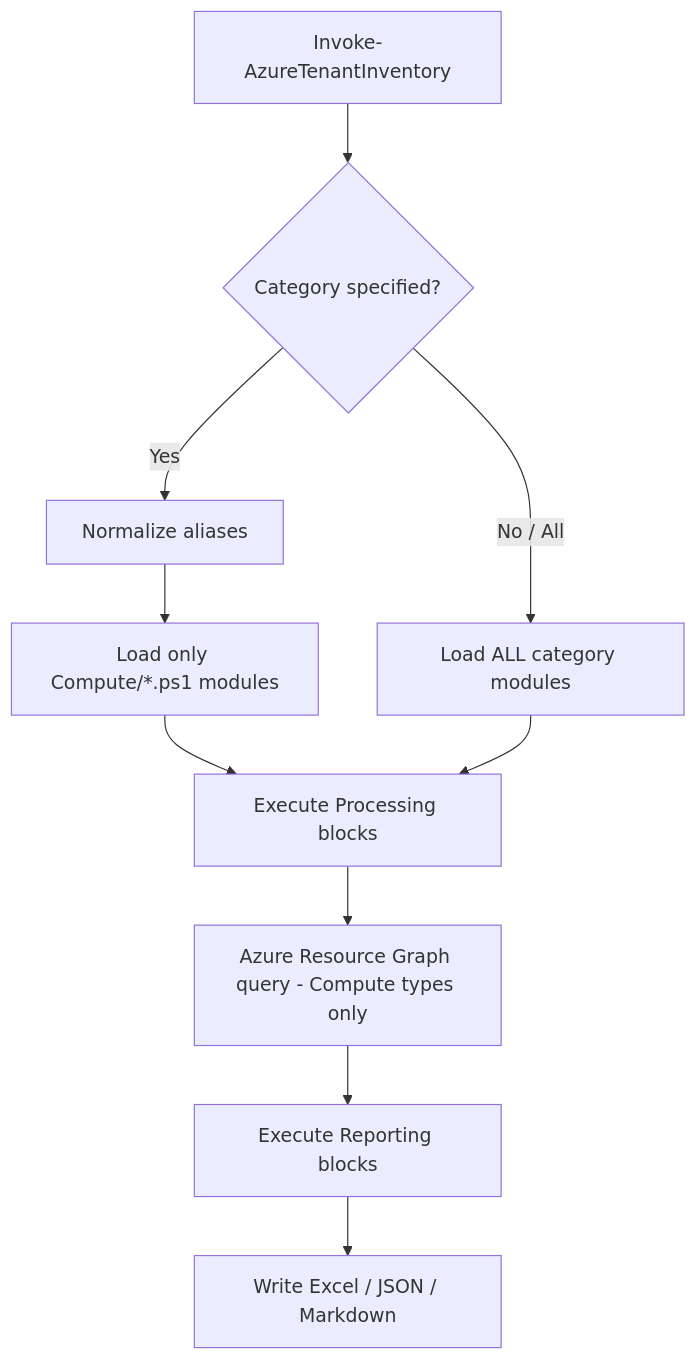
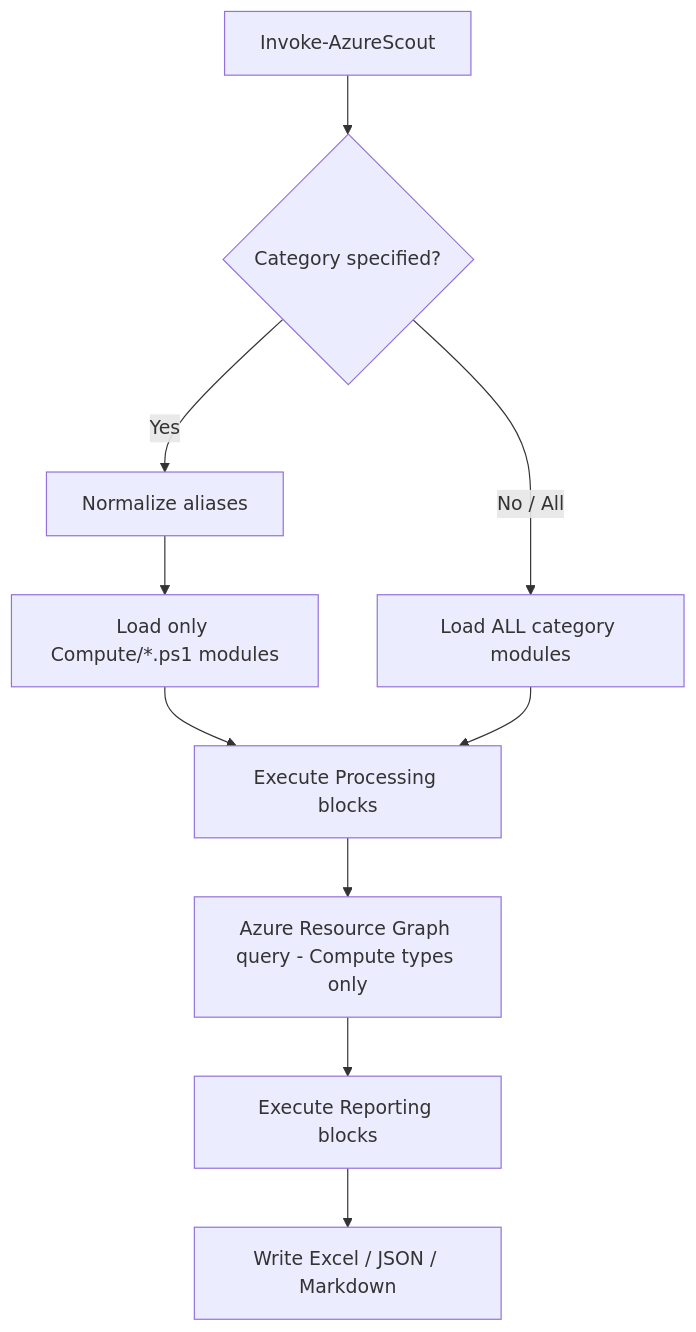
Before and after one commit to thisismydemo/azure-scout: the diagram in docs/modules/ROOT/pages/category-filtering.adoc, drawn with Mermaid. The commit also changed other lines of this file and 272 other files, not shown here.

First line of the commit message:
chore: rename repo references azure-inventory -> azure-scout

```diff
--- a/docs/modules/ROOT/pages/category-filtering.adoc
+++ b/docs/modules/ROOT/pages/category-filtering.adoc
@@ -156,13 +156,13 @@
 [mermaid]
 ....
 graph TD
-    A[Invoke-AzureTenantInventory] --> B{Category specified?}
+    A[Invoke-AzureScout] --> B{Category specified?}
     B -- Yes --> C[Normalize aliases]
     C --> D[Load only Compute/*.ps1 modules]
     D --> E[Execute Processing blocks]
     E --> F[Azure Resource Graph query - Compute types only]
     F --> G[Execute Reporting blocks]
     G --> H[Write Excel / JSON / Markdown]
     B -- No / All --> I[Load ALL category modules]
     I --> E
 ....
```
